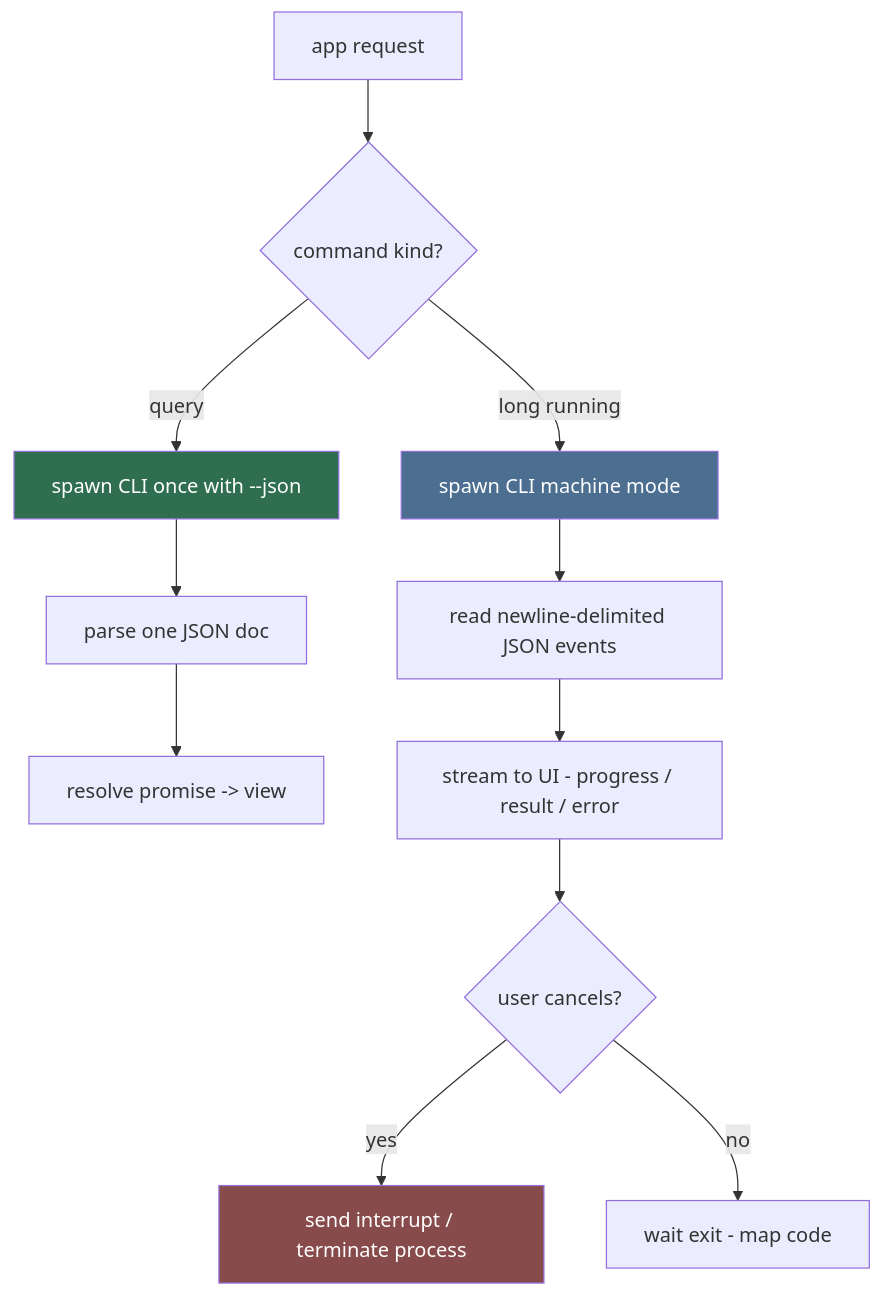
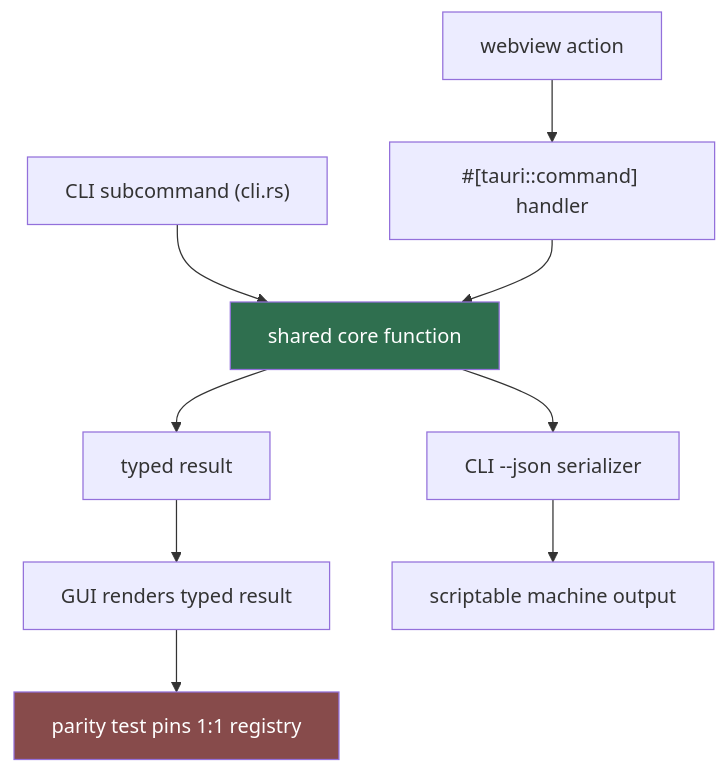
The diagram in .agents/agents/gui/sidecar-driver/sidecar-driver.md (HELIX-Origin/LewdZone-Launcher), drawn with Mermaid before and after one commit. The commit also changed other lines of this file and 217 other files, not shown here.

````diff
--- a/.agents/agents/gui/sidecar-driver/sidecar-driver.md
+++ b/.agents/agents/gui/sidecar-driver/sidecar-driver.md
@@ -16,17 +17,14 @@
 ```mermaid
 flowchart TD
-    A[app request] --> B{command kind?}
-    B -- query --> C["spawn CLI once with --json"]
-    B -- long running --> D["spawn CLI machine mode"]
-    C --> E["parse one JSON doc"]
-    D --> F["read newline-delimited JSON events"]
-    E --> G["resolve promise -> view"]
-    F --> H["stream to UI - progress / result / error"]
-    H --> I{"user cancels?"}
-    I -- yes --> J["send interrupt / terminate process"]
-    I -- no --> K["wait exit - map code"]
+    A[webview action] --> B["#[tauri::command] handler"]
+    C["CLI subcommand (cli.rs)"] --> D[shared core function]
+    B --> D
+    D --> E[typed result]
+    E --> G["GUI renders typed result"]
+    D --> F[CLI --json serializer]
+    F --> H["scriptable machine output"]
+    G --> I[parity test pins 1:1 registry]
 
-    style C fill:#2f6f4f,color:#fff
-    style D fill:#4b6e91,color:#fff
-    style J fill:#874b4b,color:#fff
+    style D fill:#2f6f4f,color:#fff
+    style I fill:#874b4b,color:#fff
 ```
````
